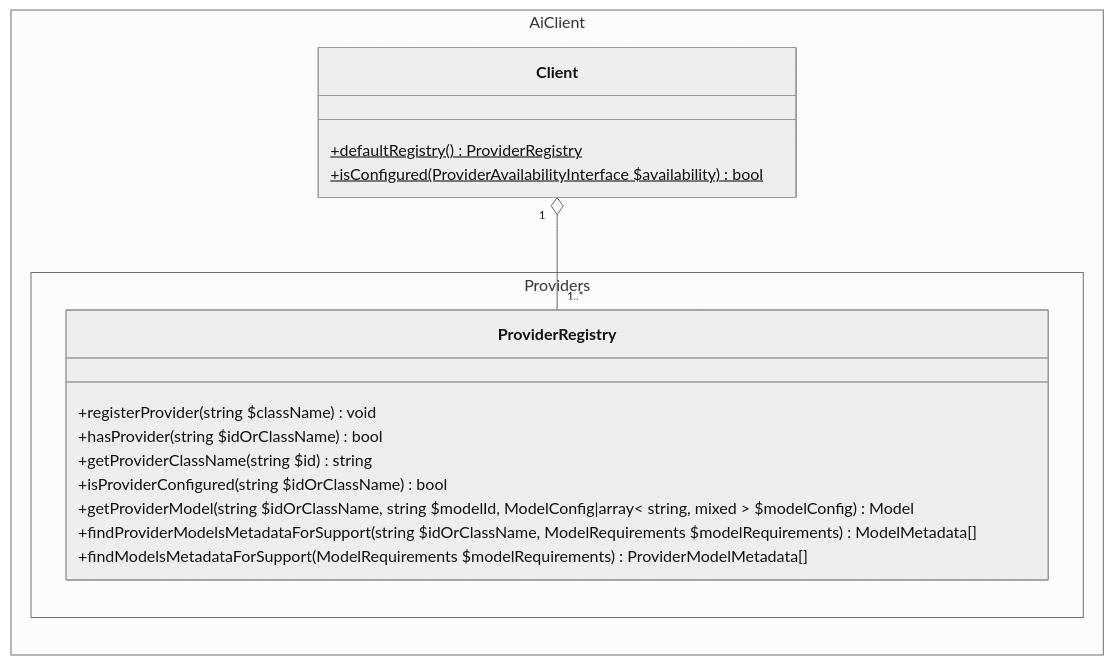
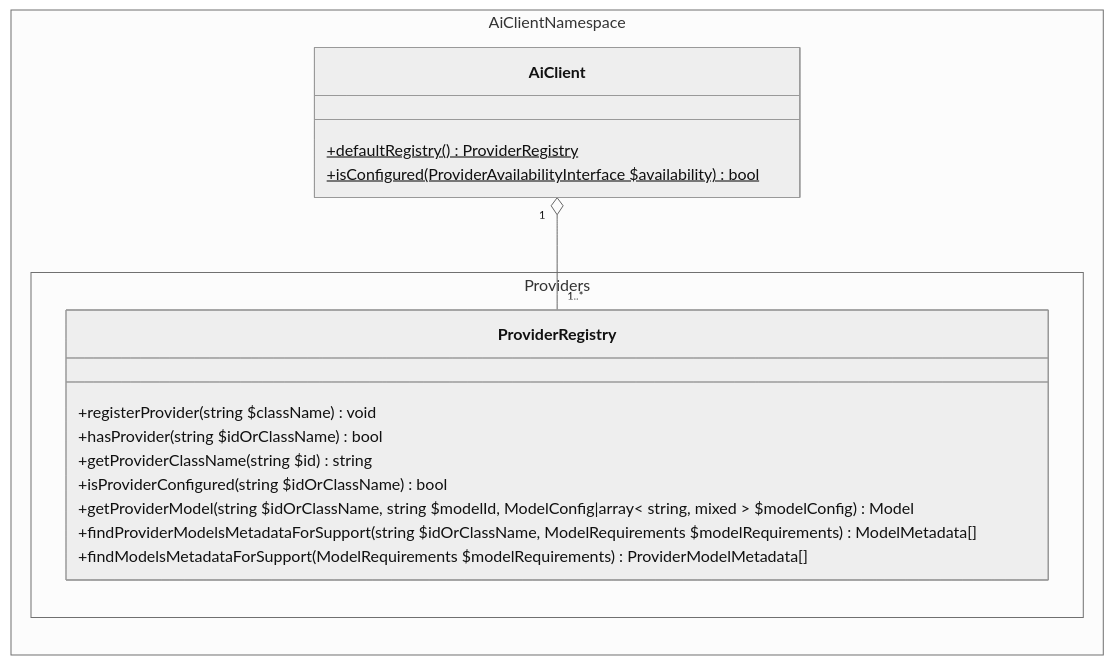
The third of 5 diagrams in docs/ARCHITECTURE.md (WordPress/php-ai-client), drawn with Mermaid (neutral theme) before and after one commit. The commit also changed other lines of this file, not shown here.

Commit message:
Use `AiClient` as the client class to avoid potential overlap with other libraries

````diff
--- a/docs/ARCHITECTURE.md
+++ b/docs/ARCHITECTURE.md
@@ -406,28 +406,28 @@
 ```mermaid
 ---
 config:
   class:
     hideEmptyMembersBox: true
 ---
 classDiagram
 direction LR
-    namespace AiClient {
-        class Client {
+    namespace AiClientNamespace {
+        class AiClient {
             +defaultRegistry() ProviderRegistry$
             +isConfigured(ProviderAvailabilityInterface $availability) bool$
         }
     }
-    namespace AiClient.Providers {
+    namespace AiClientNamespace.Providers {
         class ProviderRegistry {
             +registerProvider(string $className) void
             +hasProvider(string $idOrClassName) bool
             +getProviderClassName(string $id) string
             +isProviderConfigured(string $idOrClassName) bool
             +getProviderModel(string $idOrClassName, string $modelId, ModelConfig|array< string, mixed > $modelConfig) Model
             +findProviderModelsMetadataForSupport(string $idOrClassName, ModelRequirements $modelRequirements) ModelMetadata[]
             +findModelsMetadataForSupport(ModelRequirements $modelRequirements) ProviderModelMetadata[]
         }
     }
 
-    Client "1" o-- "1..*" ProviderRegistry
+    AiClient "1" o-- "1..*" ProviderRegistry
 ```
````
